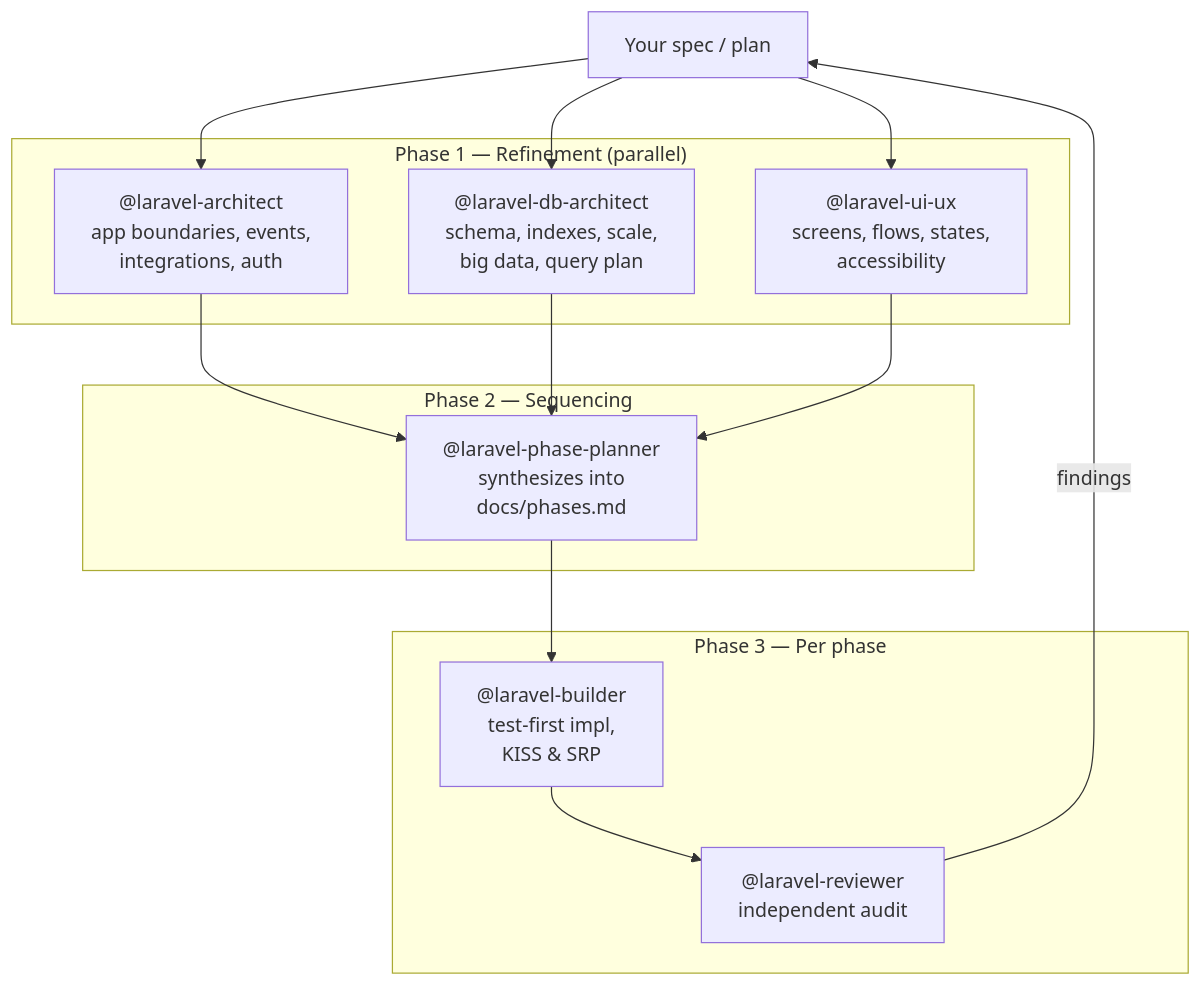
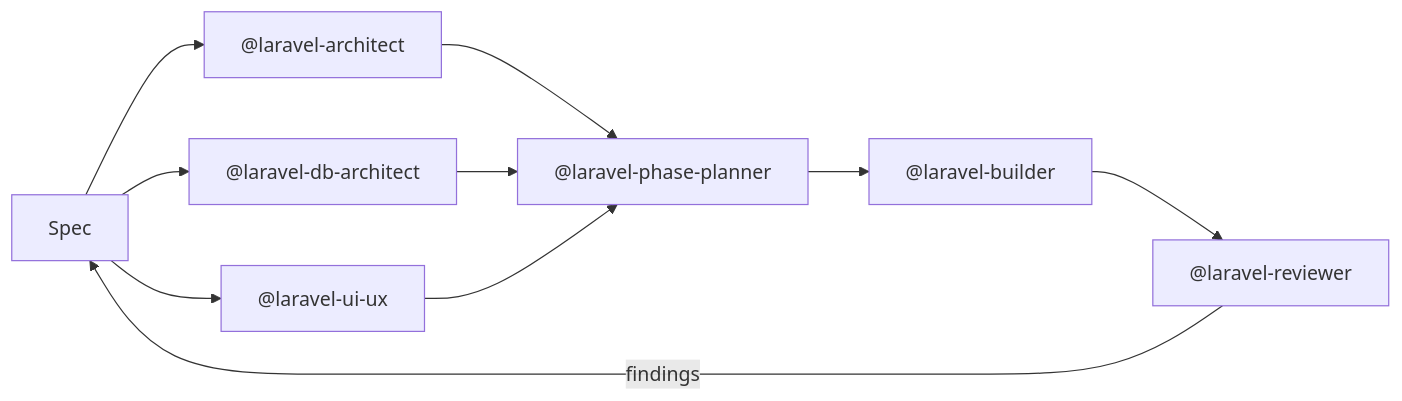
Before and after one commit to bilalelhaj/laravel-engineering-agents: the diagram in README.md, drawn with Mermaid. The commit also changed other lines of this file, not shown here.

````diff
--- a/README.md
+++ b/README.md
@@ -8,25 +7,10 @@
 ```mermaid
-flowchart TB
-    U[Your spec / plan]
-
-    subgraph "Phase 1 — Refinement (parallel)"
-        A["@laravel-architect<br/>app boundaries, events,<br/>integrations, auth"]
-        D["@laravel-db-architect<br/>schema, indexes, scale,<br/>big data, query plan"]
-        UI["@laravel-ui-ux<br/>screens, flows, states,<br/>accessibility"]
-    end
-
-    subgraph "Phase 2 — Sequencing"
-        P["@laravel-phase-planner<br/>synthesizes into<br/>docs/phases.md"]
-    end
-
-    subgraph "Phase 3 — Per phase"
-        B["@laravel-builder<br/>test-first impl,<br/>KISS &amp; SRP"]
-        R["@laravel-reviewer<br/>independent audit"]
-    end
-
-    U --> A & D & UI
-    A & D & UI --> P
-    P --> B
-    B --> R
+flowchart LR
+    U[Spec] --> A["@laravel-architect"]
+    U --> D["@laravel-db-architect"]
+    U --> UI["@laravel-ui-ux"]
+    A & D & UI --> P["@laravel-phase-planner"]
+    P --> B["@laravel-builder"]
+    B --> R["@laravel-reviewer"]
     R -->|findings| U
 ```
````
